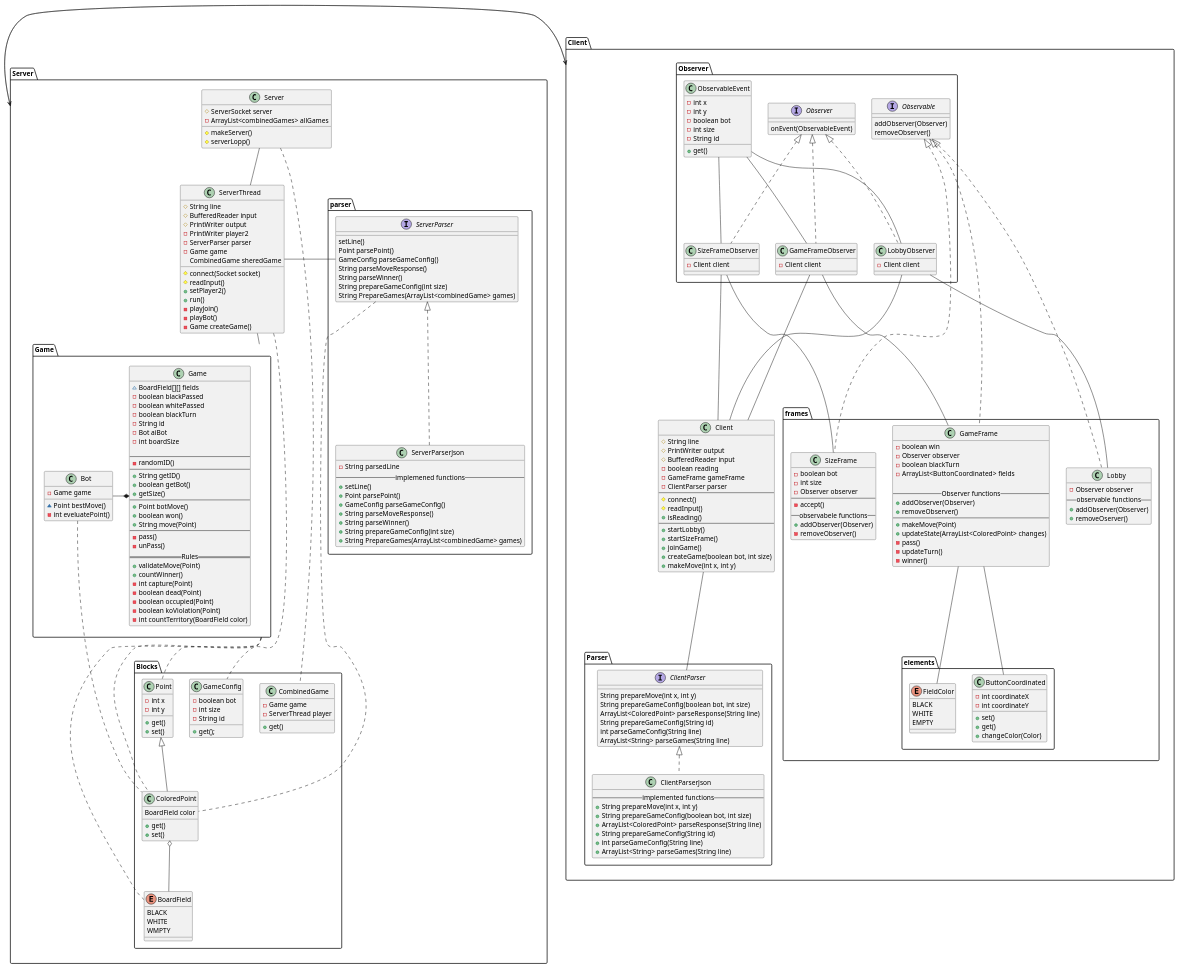
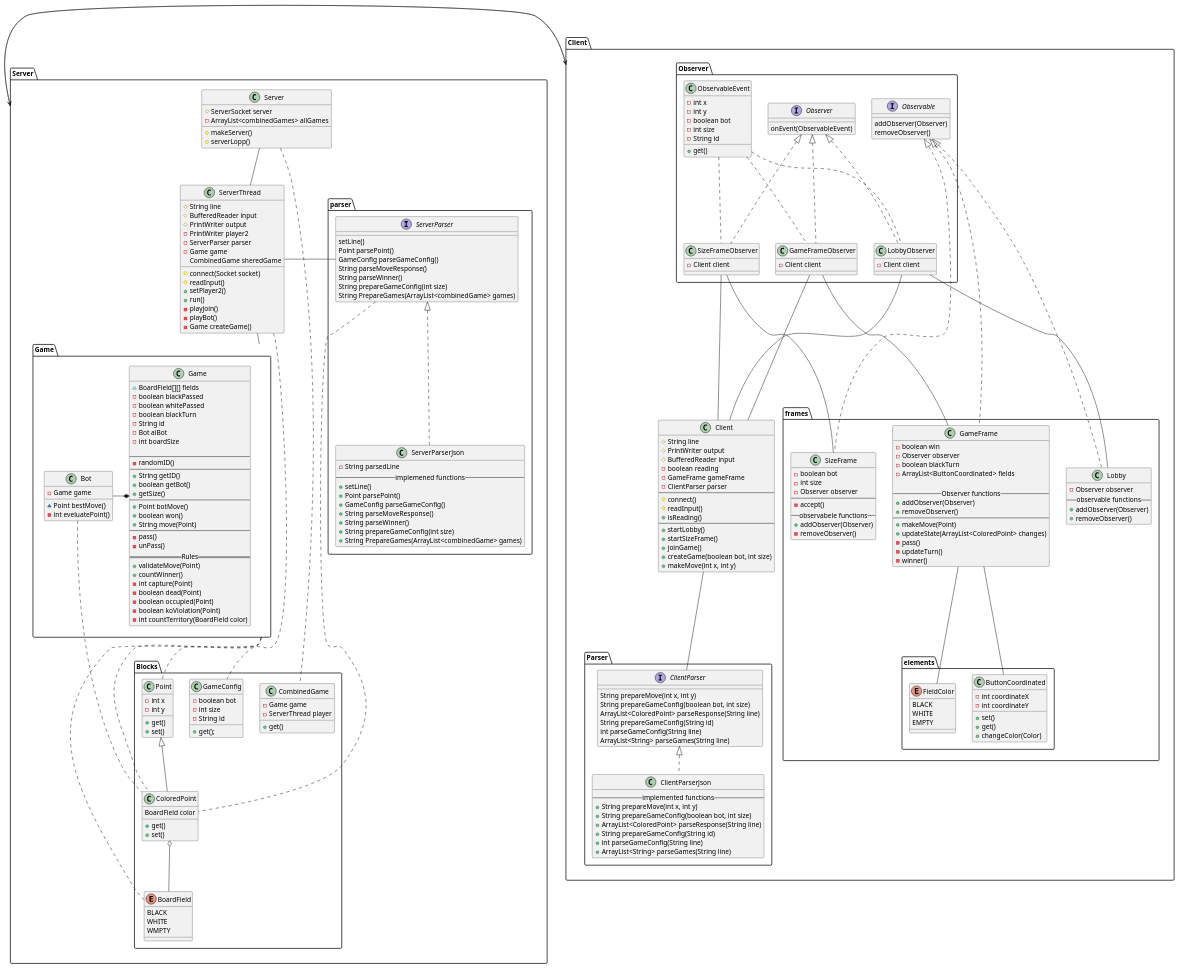
One commit to buczekxpompa/ProjektTP changed the diagram in uml/class.puml. Above: the diagram before and after it, drawn with PlantUML. The commit also changed 5 other files, not shown here.

```diff
--- a/uml/class.puml
+++ b/uml/class.puml
@@ -199,9 +199,9 @@
         Observer <|.. GameFrameObserver
         Observer <|.. LobbyObserver
         Observer <|.. SizeFrameObserver
-        ObservableEvent -- SizeFrameObserver
-        ObservableEvent -- GameFrameObserver
-        ObservableEvent -- LobbyObserver
+        ObservableEvent .. SizeFrameObserver
+        ObservableEvent .. GameFrameObserver
+        ObservableEvent .. LobbyObserver
     }
     package frames {
         package elements {
@@ -239,7 +239,7 @@
             -Observer observer
             -- observable functions --
             +addObserver(Observer)
-            +removeOserver()
+            +removeObserver()
         }
         class SizeFrame {
             -boolean bot
@@ -254,9 +254,9 @@
 
     }
 
-    Observable <|.. Lobby
-    Observable <|.. GameFrame
-    Observable <|.. SizeFrame
+    Observable <|... Lobby
+    Observable <|... GameFrame
+    Observable <|... SizeFrame
     LobbyObserver -- Lobby
     LobbyObserver -- Client
     SizeFrameObserver -- SizeFrame
```
